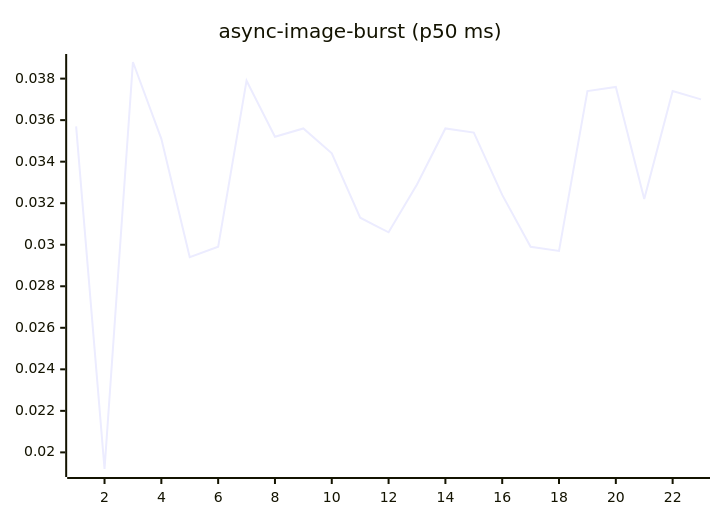
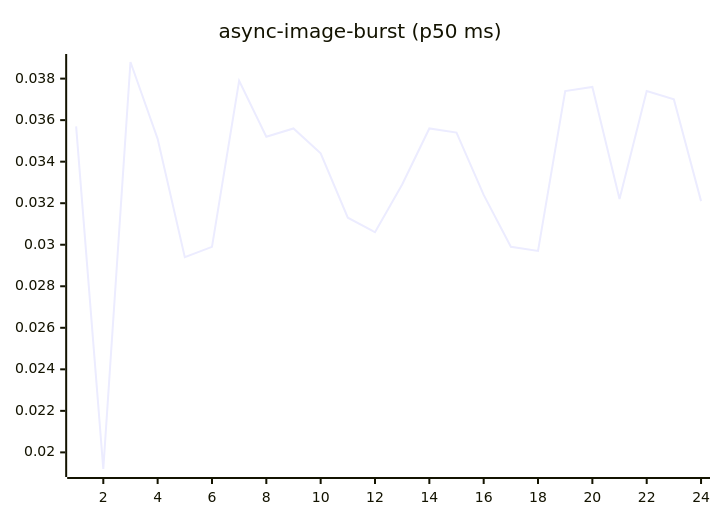
One commit to josha/Facet changed the fourth of 27 diagrams in README.md. Above: the diagram before and after it, drawn with Mermaid. The commit also changed other lines of this file and 2 other files, not shown here.

````diff
--- a/README.md
+++ b/README.md
@@ -84,6 +84,6 @@
 ```mermaid
 xychart-beta
     title "async-image-burst (p50 ms)"
-    x-axis 1 --> 23
-    line [0.0357, 0.0192, 0.0388, 0.0351, 0.0294, 0.0299, 0.0379, 0.0352, 0.0356, 0.0344, 0.0313, 0.0306, 0.0329, 0.0356, 0.0354, 0.0324, 0.0299, 0.0297, 0.0374, 0.0376, 0.0322, 0.0374, 0.0370]
+    x-axis 1 --> 24
+    line [0.0357, 0.0192, 0.0388, 0.0351, 0.0294, 0.0299, 0.0379, 0.0352, 0.0356, 0.0344, 0.0313, 0.0306, 0.0329, 0.0356, 0.0354, 0.0324, 0.0299, 0.0297, 0.0374, 0.0376, 0.0322, 0.0374, 0.0370, 0.0321]
 ```
````
